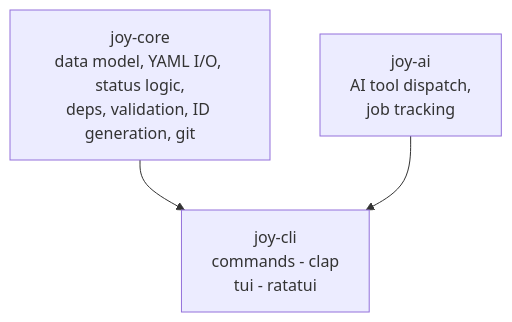
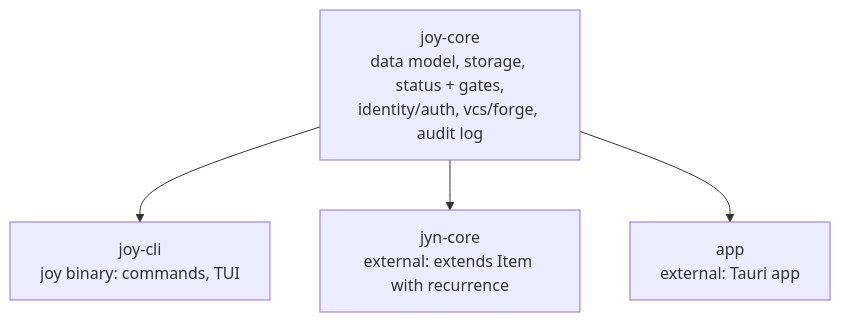
One commit to joyint/joy changed the diagram in ARCHITECTURE.md. Above: the diagram before and after it, drawn with Mermaid. The commit also changed other lines of this file and 6 other files, not shown here.

First line of the commit message:
docs: rewrite README/ARCHITECTURE/CONTRIBUTING to the new structure [no-item]

````diff
--- a/ARCHITECTURE.md
+++ b/ARCHITECTURE.md
@@ -38,10 +28,11 @@
 ```mermaid
 graph TD
-    CORE[joy-core<br/>data model, YAML I/O, status logic,<br/>deps, validation, ID generation, git]
-
-    CLI[joy-cli<br/>commands - clap<br/>tui - ratatui]
-    AI[joy-ai<br/>AI tool dispatch,<br/>job tracking]
+    CORE[joy-core<br/>data model, storage, status + gates,<br/>identity/auth, vcs/forge, audit log]
+    CLI[joy-cli<br/>joy binary: commands, TUI]
+    JYN[jyn-core<br/>external: extends Item with recurrence]
+    APP[app<br/>external: Tauri app]
 
     CORE --> CLI
-    AI --> CLI
+    CORE --> JYN
+    CORE --> APP
 ```
````
